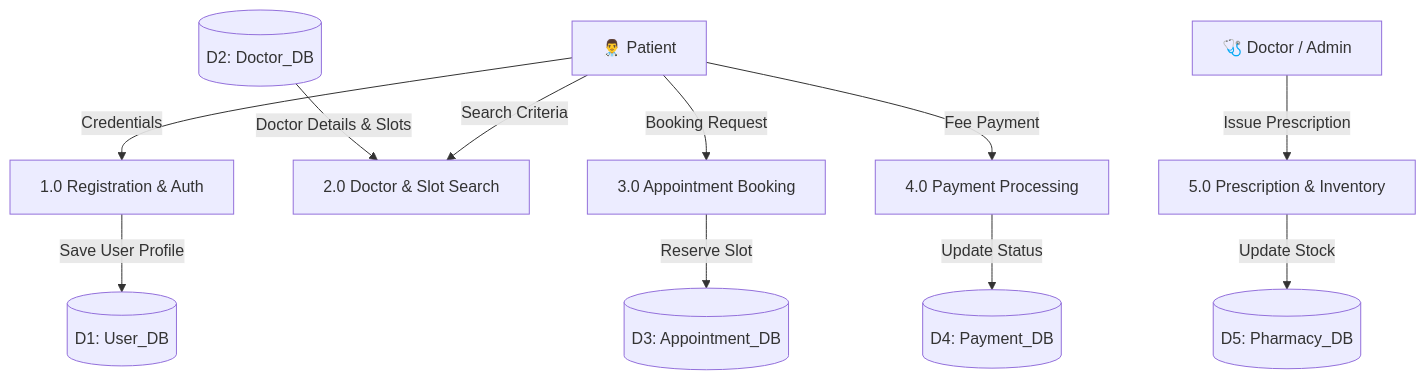
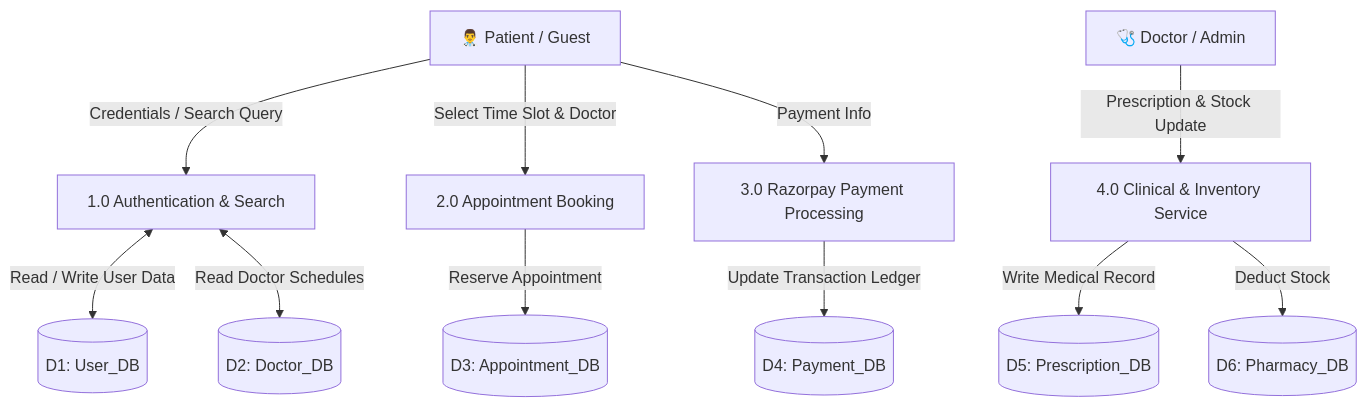
The second of 3 diagrams in README.md (utkarshpawade1234/Hospital-Management-System), drawn with Mermaid before and after one commit. The commit also changed other lines of this file and 1 other file, not shown here.

````diff
--- a/README.md
+++ b/README.md
@@ -122,17 +143,16 @@
 ```mermaid
 graph TD
-    Patient["👨‍⚕️ Patient"] -->|Credentials| P1["1.0 Registration & Auth"]
-    P1 -->|Save User Profile| D1[("D1: User_DB")]
+    User["👨‍⚕️ Patient / Guest"] -->|Credentials / Search Query| P1["1.0 Authentication & Search"]
+    P1 <-->|Read / Write User Data| D1[("D1: User_DB")]
+    P1 <-->|Read Doctor Schedules| D2[("D2: Doctor_DB")]
 
-    Patient -->|Search Criteria| P2["2.0 Doctor & Slot Search"]
-    D2[("D2: Doctor_DB")] -->|Doctor Details & Slots| P2
+    User -->|Select Time Slot & Doctor| P2["2.0 Appointment Booking"]
+    P2 -->|Reserve Appointment| D3[("D3: Appointment_DB")]
 
-    Patient -->|Booking Request| P3["3.0 Appointment Booking"]
-    P3 -->|Reserve Slot| D3[("D3: Appointment_DB")]
+    User -->|Payment Info| P3["3.0 Razorpay Payment Processing"]
+    P3 -->|Update Transaction Ledger| D4[("D4: Payment_DB")]
 
-    Patient -->|Fee Payment| P4["4.0 Payment Processing"]
-    P4 -->|Update Status| D4[("D4: Payment_DB")]
-
-    Doctor["🩺 Doctor / Admin"] -->|Issue Prescription| P5["5.0 Prescription & Inventory"]
-    P5 -->|Update Stock| D5[("D5: Pharmacy_DB")]
+    Doc["🩺 Doctor / Admin"] -->|Prescription & Stock Update| P4["4.0 Clinical & Inventory Service"]
+    P4 -->|Write Medical Record| D5[("D5: Prescription_DB")]
+    P4 -->|Deduct Stock| D6[("D6: Pharmacy_DB")]
 ```
````
